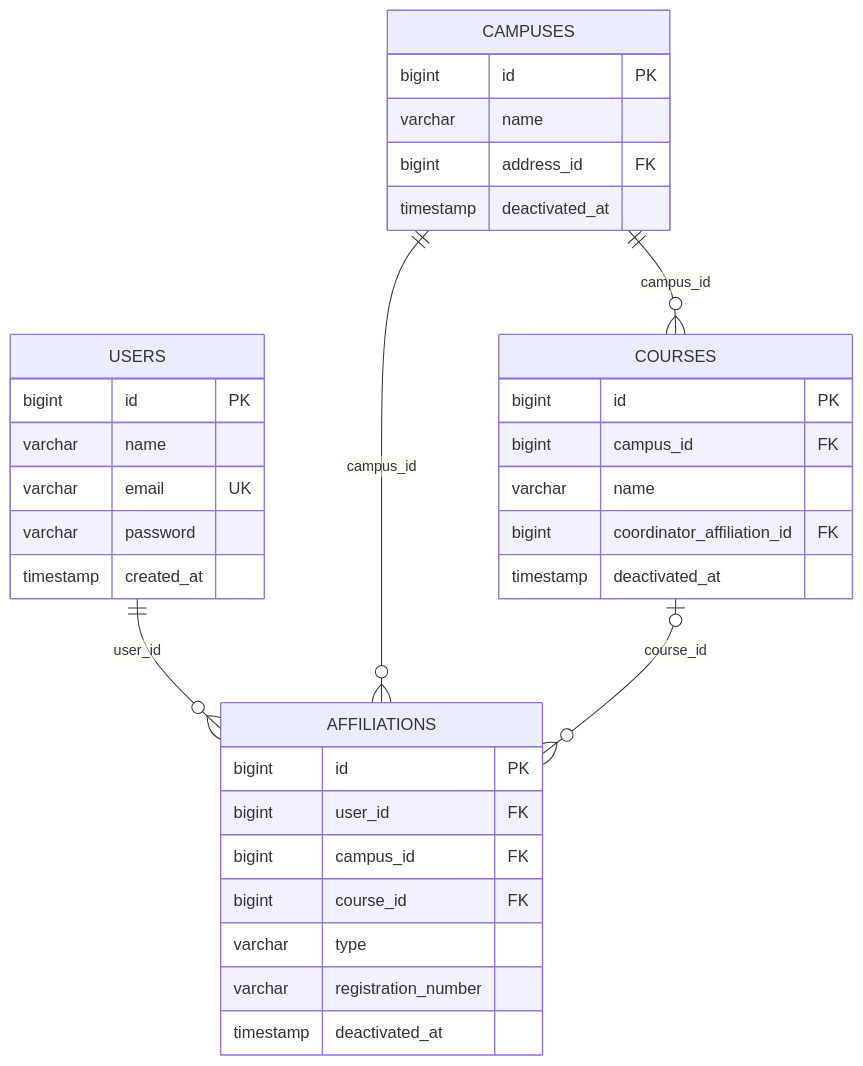
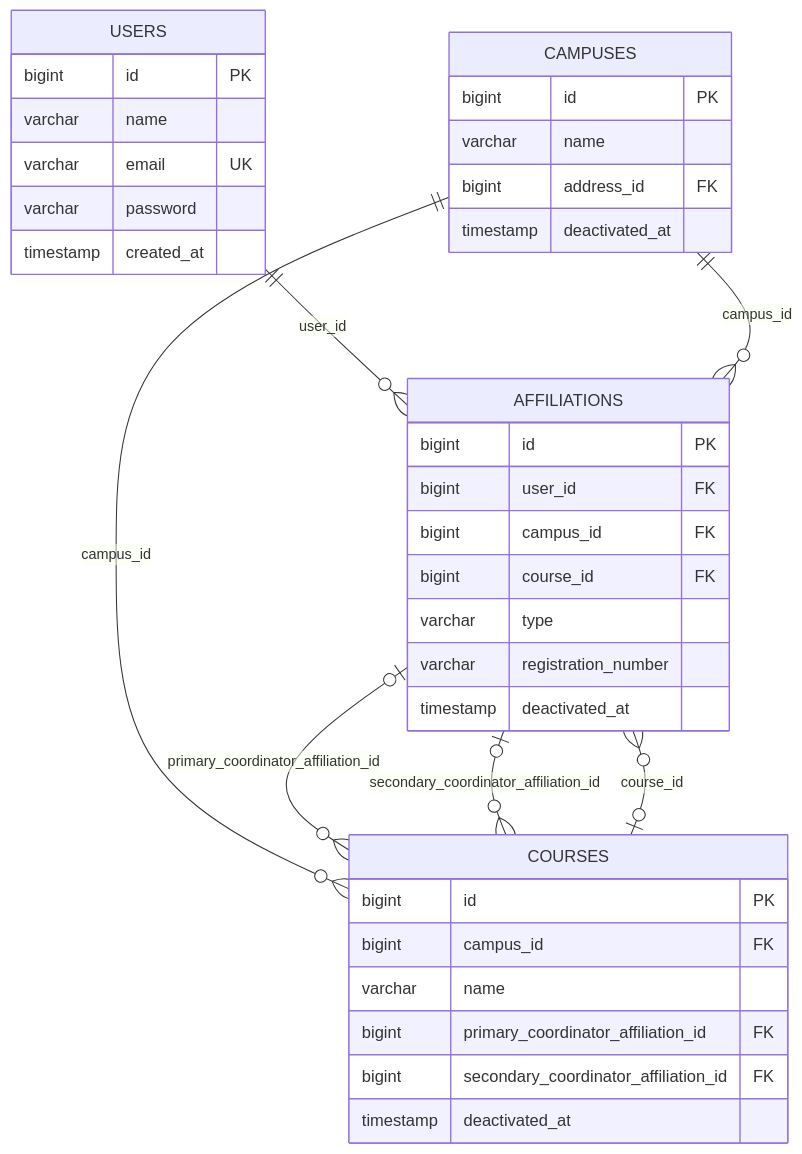
The diagram in docs/diagrams/sources/modelo-acesso-erd.mmd (sge-suite/docs), drawn with Mermaid before and after one commit. The commit also changed 10 other files, not shown here.

Commit message:
docs: record courses and student course affiliations

```diff
--- a/docs/diagrams/sources/modelo-acesso-erd.mmd
+++ b/docs/diagrams/sources/modelo-acesso-erd.mmd
@@ -1,35 +1,38 @@
 erDiagram
     USERS ||--o{ AFFILIATIONS : user_id
     CAMPUSES ||--o{ COURSES : campus_id
     CAMPUSES ||--o{ AFFILIATIONS : campus_id
     COURSES o|--o{ AFFILIATIONS : course_id
+    AFFILIATIONS o|--o{ COURSES : primary_coordinator_affiliation_id
+    AFFILIATIONS o|--o{ COURSES : secondary_coordinator_affiliation_id
 
     USERS {
         bigint id PK
         varchar name
         varchar email UK
         varchar password
         timestamp created_at
     }
     CAMPUSES {
         bigint id PK
         varchar name
         bigint address_id FK
         timestamp deactivated_at
     }
     COURSES {
         bigint id PK
         bigint campus_id FK
         varchar name
-        bigint coordinator_affiliation_id FK
+        bigint primary_coordinator_affiliation_id FK
+        bigint secondary_coordinator_affiliation_id FK
         timestamp deactivated_at
     }
     AFFILIATIONS {
         bigint id PK
         bigint user_id FK
         bigint campus_id FK
         bigint course_id FK
         varchar type
         varchar registration_number
         timestamp deactivated_at
     }
```
